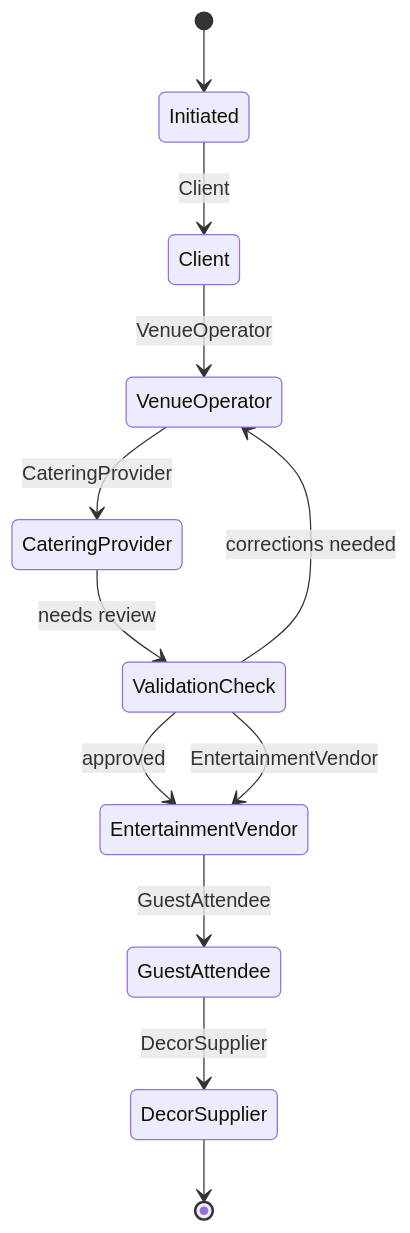
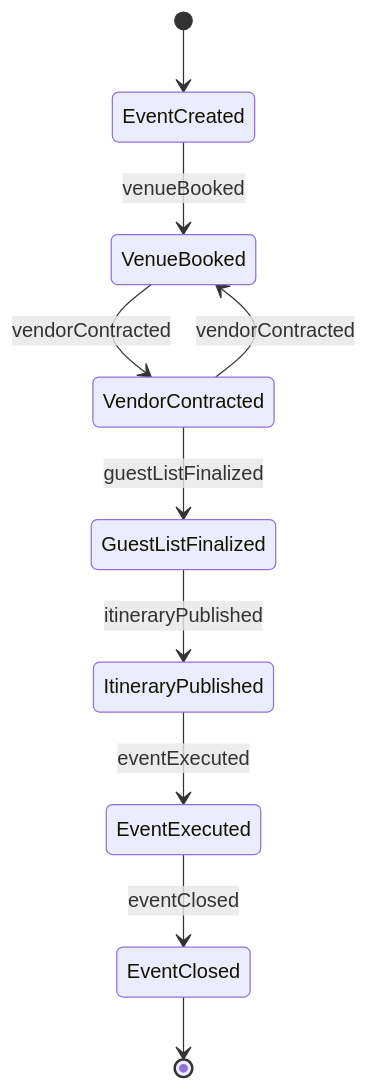
Before and after one commit to dot-org-ai/tasks.org.ai: the second of 4 diagrams in GuidingDirectingAndMotivatingSubordinates/CoordinateGroupCommunityOrPublicActivities/OrganizeSpecialEvents.mdx, drawn with Mermaid. The commit also changed other lines of this file and 515 other files, not shown here.

````diff
--- a/GuidingDirectingAndMotivatingSubordinates/CoordinateGroupCommunityOrPublicActivities/OrganizeSpecialEvents.mdx
+++ b/GuidingDirectingAndMotivatingSubordinates/CoordinateGroupCommunityOrPublicActivities/OrganizeSpecialEvents.mdx
@@ -101,14 +101,12 @@
 ```mermaid
 stateDiagram-v2
-    [*] --> Initiated
-    Initiated --> Client: Client
-    Client --> VenueOperator: VenueOperator
-    VenueOperator --> CateringProvider: CateringProvider
-    CateringProvider --> ValidationCheck: needs review
-    ValidationCheck --> VenueOperator: corrections needed
-    ValidationCheck --> EntertainmentVendor: approved
-    ValidationCheck --> EntertainmentVendor: EntertainmentVendor
-    EntertainmentVendor --> GuestAttendee: GuestAttendee
-    GuestAttendee --> DecorSupplier: DecorSupplier
-    DecorSupplier --> [*]
+    [*] --> EventCreated
+    EventCreated --> VenueBooked : venueBooked
+    VenueBooked --> VendorContracted : vendorContracted
+    VendorContracted --> GuestListFinalized : guestListFinalized
+    GuestListFinalized --> ItineraryPublished : itineraryPublished
+    ItineraryPublished --> EventExecuted : eventExecuted
+    EventExecuted --> EventClosed : eventClosed
+    VendorContracted --> VenueBooked : vendorContracted
+    EventClosed --> [*]
 ```
````
